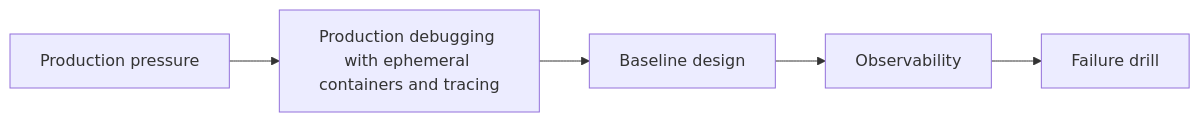
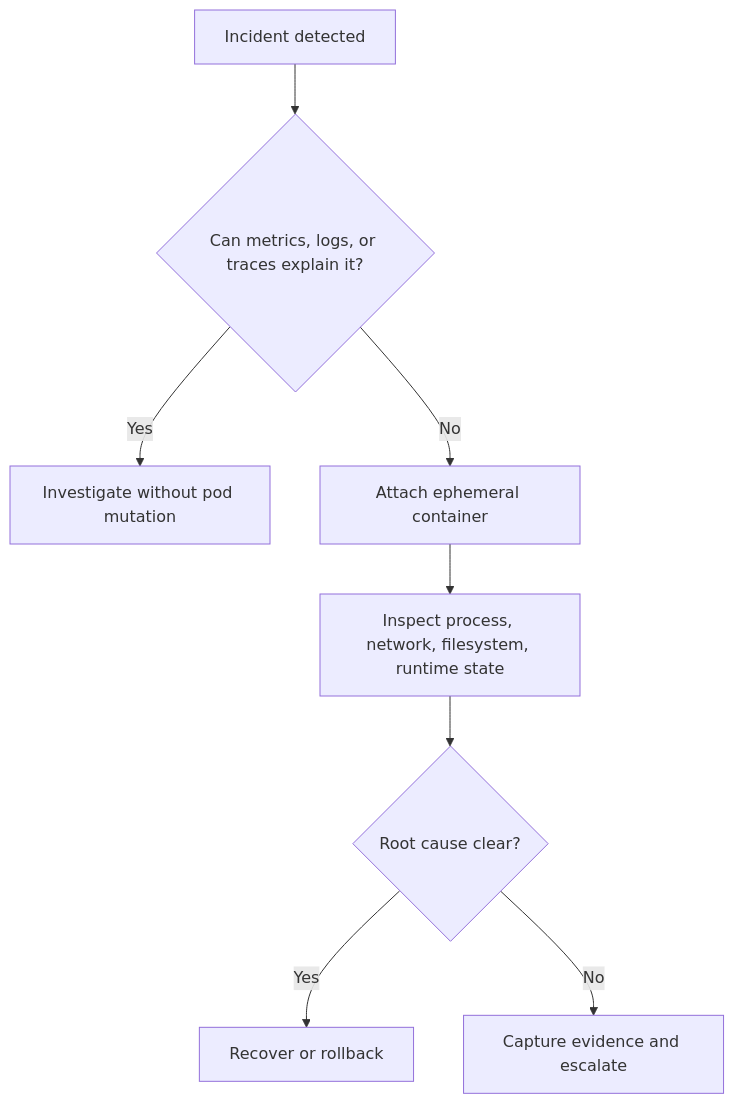
One commit to sandeepbhardwaj/sandeepbhardwaj.github.io changed the diagram in _posts/2026-09-11-k8s-production-debugging-ephemeral-containers-part-1.md. Above: the diagram before and after it, drawn with Mermaid. The commit also changed other lines of this file and 40 other files, not shown here.

````diff
--- a/_posts/2026-09-11-k8s-production-debugging-ephemeral-containers-part-1.md
+++ b/_posts/2026-09-11-k8s-production-debugging-ephemeral-containers-part-1.md
@@ -57,7 +71,10 @@
 ```mermaid
-flowchart LR
-    A[Production pressure] --> B[Production debugging with ephemeral containers and tracing]
-    B --> C[Baseline design]
-    C --> D[Observability]
-    D --> E[Failure drill]
+flowchart TD
+    A[Incident detected] --> B{Can metrics, logs, or traces explain it?}
+    B -->|Yes| C[Investigate without pod mutation]
+    B -->|No| D[Attach ephemeral container]
+    D --> E[Inspect process, network, filesystem, runtime state]
+    E --> F{Root cause clear?}
+    F -->|Yes| G[Recover or rollback]
+    F -->|No| H[Capture evidence and escalate]
 ```
````
